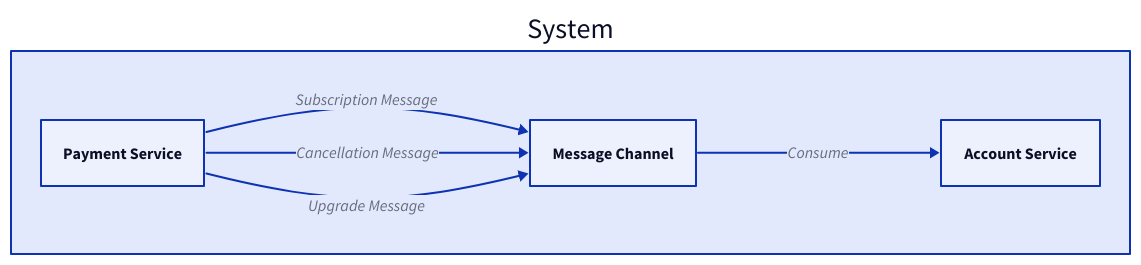
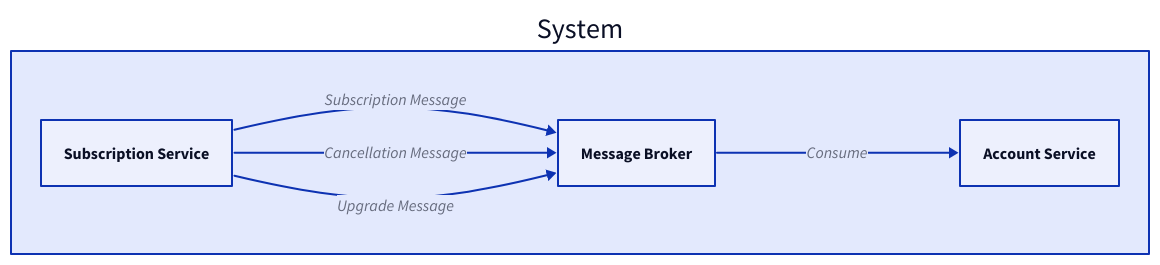
Before and after one commit to link1905/system-design-101: diagram 14 of 15 in content/docs/web-service/microservice.md, drawn with D2. The commit also changed other lines of this file and 49 other files, not shown here.

````diff
--- a/content/docs/web-service/microservice.md
+++ b/content/docs/web-service/microservice.md
@@ -543,18 +576,18 @@
 ```d2
 direction: right
 system: System {
     acc: Account Service {
         class: server
     }
-    p: Payment Service {
+    p: Subscription Service {
         class: server
     }
-    mq: Message Channel {
+    mq: Message Broker {
         class: mq
     }
     p -> mq: Subscription Message
     p -> mq: Cancellation Message
     p -> mq: Upgrade Message
     acc <- mq: Consume
 }
 ```
````
